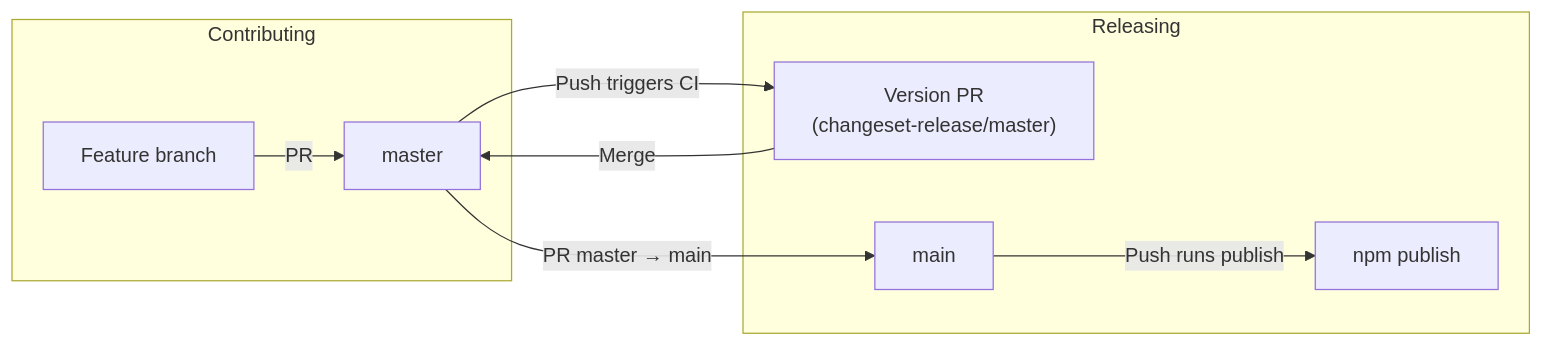
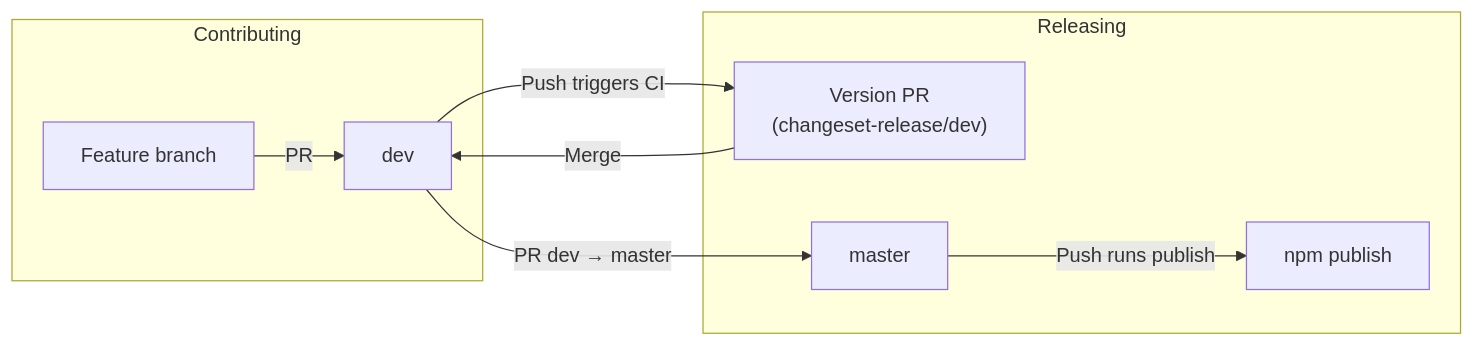
One commit to goshantmeher/deveditor-ui changed the diagram in CONTRIBUTING.md. Above: the diagram before and after it, drawn with Mermaid. The commit also changed other lines of this file and 11 other files, not shown here.

````diff
--- a/CONTRIBUTING.md
+++ b/CONTRIBUTING.md
@@ -8,12 +8,12 @@
 ```mermaid
 flowchart LR
   subgraph contribute [Contributing]
-    feature[Feature branch] -->|PR| master[master]
+    feature[Feature branch] -->|PR| dev[dev]
   end
   subgraph release [Releasing]
-    master -->|Push triggers CI| versionPR["Version PR\n(changeset-release/master)"]
-    versionPR -->|Merge| master
-    master -->|PR master → main| main[main]
-    main -->|Push runs publish| npm[npm publish]
+    dev -->|Push triggers CI| versionPR["Version PR\n(changeset-release/dev)"]
+    versionPR -->|Merge| dev
+    dev -->|PR dev → master| master[master]
+    master -->|Push runs publish| npm[npm publish]
   end
 ```
````
